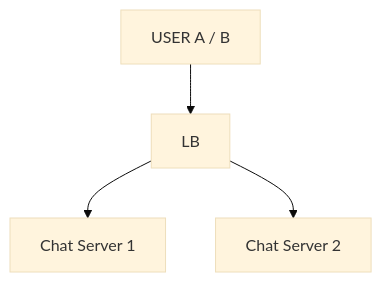
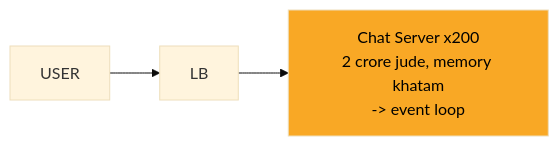
Before and after one commit to ArpanMaheshwari144/Prep: the second of 12 diagrams in 04_HLD/SYSTEM_DESIGNS/14_chat_messaging/14_chat_messaging.md, drawn with Mermaid (base theme). The commit also changed other lines of this file, not shown here.

Commit message:
chat: one-day story, short cards, follow-ups with rules, highlighted diagrams

````diff
--- a/04_HLD/SYSTEM_DESIGNS/14_chat_messaging/14_chat_messaging.md
+++ b/04_HLD/SYSTEM_DESIGNS/14_chat_messaging/14_chat_messaging.md
@@ -126,10 +140,9 @@
 ```mermaid
-flowchart TD
-    n_USER_A_B["USER A / B"]
+flowchart LR
+    n_U["USER"]
     n_LB["LB"]
-    n_Chat_Server_x_200_1["Chat Server 1"]
-    n_Chat_Server_x_200_2["Chat Server 2"]
-    n_USER_A_B --> n_LB
-    n_LB --> n_Chat_Server_x_200_1
-    n_LB --> n_Chat_Server_x_200_2
+    n_CS["Chat Server x200<br/>2 crore jude, memory khatam<br/>-> event loop"]
+    n_U --> n_LB
+    n_LB --> n_CS
+    style n_CS fill:#f9a825,color:#000
 ```
````
